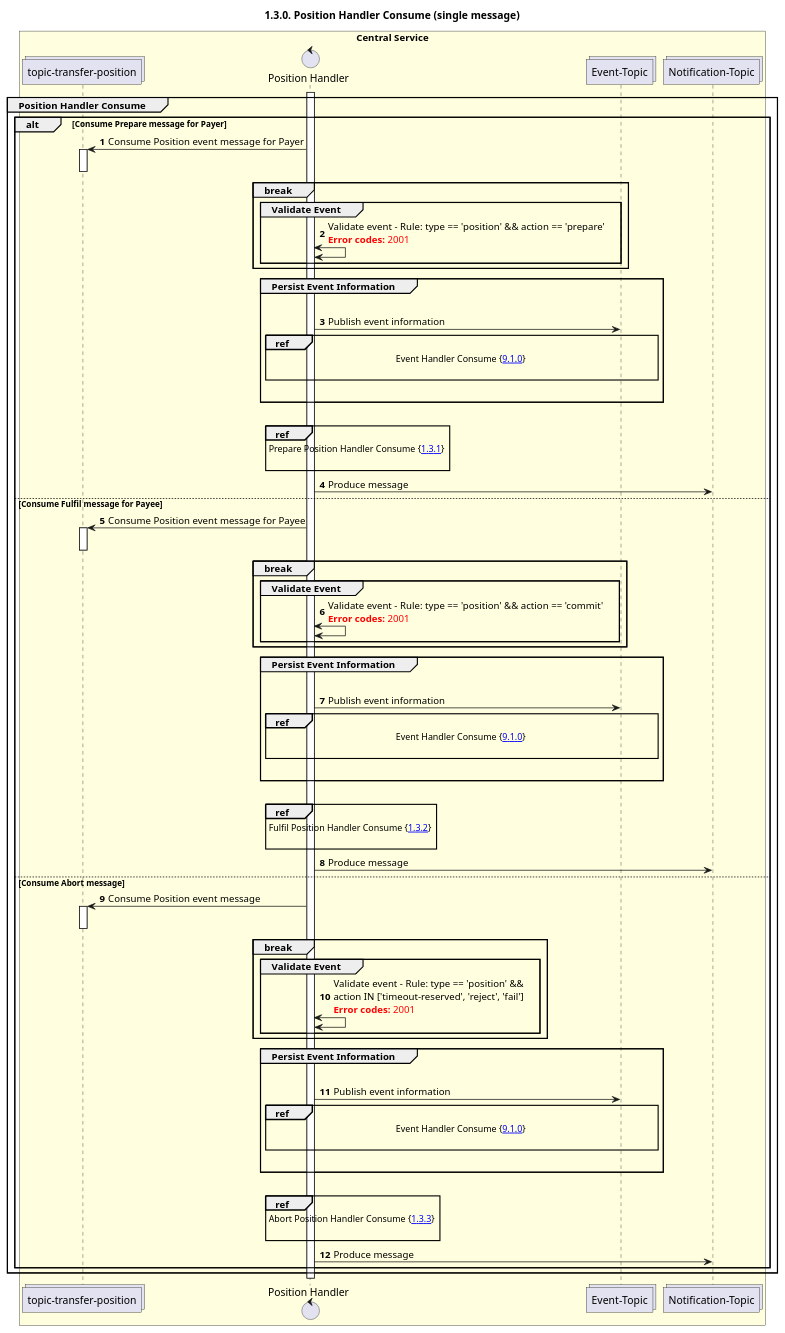
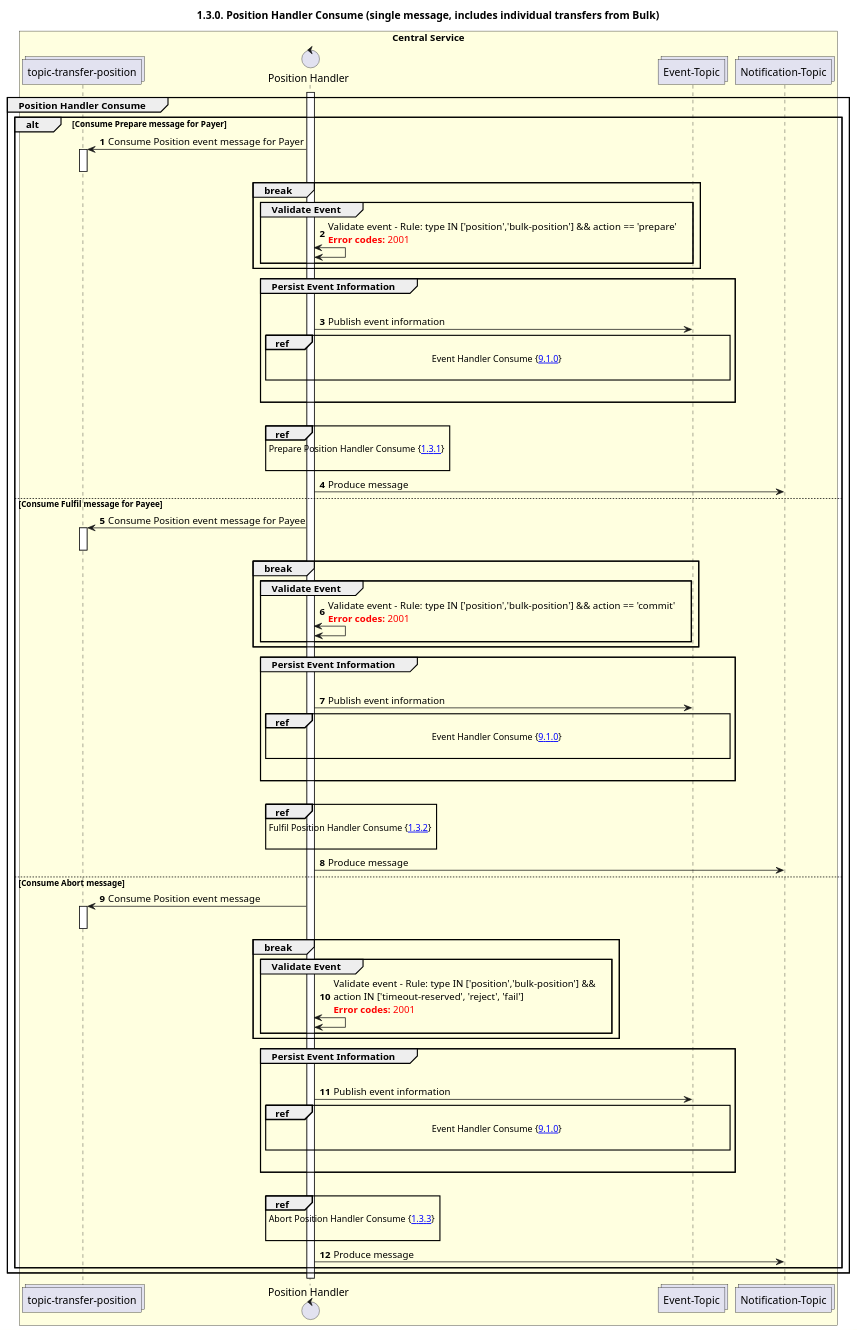
Before and after one commit to mojaloop/documentation: the diagram in mojaloop-technical-overview/central-ledger/assets/diagrams/sequence/seq-position-1.3.0.plantuml, drawn with PlantUML. The commit also changed other lines of this file and 3 other files, not shown here.

```diff
--- a/mojaloop-technical-overview/central-ledger/assets/diagrams/sequence/seq-position-1.3.0.plantuml
+++ b/mojaloop-technical-overview/central-ledger/assets/diagrams/sequence/seq-position-1.3.0.plantuml
@@ -27,89 +28,89 @@
 @startuml
 ' declate title
-title 1.3.0. Position Handler Consume (single message)
+title 1.3.0. Position Handler Consume (single message, includes individual transfers from Bulk)
 
 autonumber
 
 ' Actor Keys:
 '   boundary - APIs/Interfaces, etc
 '   collections - Kafka Topics
 '   control - Kafka Consumers
 '   entity - Database Access Objects
 '   database - Database Persistance Store
 
 ' declare actors
 collections "topic-transfer-position" as TOPIC_TRANSFER_POSITION
 control "Position Handler" as POS_HANDLER
 collections "Event-Topic" as TOPIC_EVENTS
 collections "Notification-Topic" as TOPIC_NOTIFICATIONS
 
 
 box "Central Service" #LightYellow
     participant TOPIC_TRANSFER_POSITION
     participant POS_HANDLER
     participant TOPIC_EVENTS
     participant TOPIC_NOTIFICATIONS
 end box
 
 ' start flow
 activate POS_HANDLER
 group Position Handler Consume
     alt Consume Prepare message for Payer
         TOPIC_TRANSFER_POSITION <- POS_HANDLER: Consume Position event message for Payer
         activate TOPIC_TRANSFER_POSITION
         deactivate TOPIC_TRANSFER_POSITION
         break
             group Validate Event
-                POS_HANDLER <-> POS_HANDLER: Validate event - Rule: type == 'position' && action == 'prepare'\n<color #FF0000><b>Error codes:</b> 2001</color>
+                POS_HANDLER <-> POS_HANDLER: Validate event - Rule: type IN ['position','bulk-position'] && action == 'prepare'\n<color #FF0000><b>Error codes:</b> 2001</color>
             end
         end
         group Persist Event Information
             |||
             POS_HANDLER -> TOPIC_EVENTS: Publish event information
             ref over POS_HANDLER, TOPIC_EVENTS :  Event Handler Consume {[[https://github.com/mojaloop/docs/blob/master/Diagrams/SequenceDiagrams/seq-event-9.1.0.svg 9.1.0]]} \n
             |||
         end
         |||
         ref over POS_HANDLER: Prepare Position Handler Consume {[[https://github.com/mojaloop/docs/blob/master/Diagrams/SequenceDiagrams/seq-position-1.3.1-prepare.svg 1.3.1]]} \n
         POS_HANDLER -> TOPIC_NOTIFICATIONS: Produce message
     else Consume Fulfil message for Payee
         TOPIC_TRANSFER_POSITION <- POS_HANDLER: Consume Position event message for Payee
         activate TOPIC_TRANSFER_POSITION
         deactivate TOPIC_TRANSFER_POSITION
         break
             group Validate Event
-                POS_HANDLER <-> POS_HANDLER: Validate event - Rule: type == 'position' && action == 'commit'\n<color #FF0000><b>Error codes:</b> 2001</color>
+                POS_HANDLER <-> POS_HANDLER: Validate event - Rule: type IN ['position','bulk-position'] && action == 'commit'\n<color #FF0000><b>Error codes:</b> 2001</color>
             end
         end
         group Persist Event Information
             |||
             POS_HANDLER -> TOPIC_EVENTS: Publish event information
             ref over POS_HANDLER, TOPIC_EVENTS :  Event Handler Consume {[[https://github.com/mojaloop/docs/blob/master/Diagrams/SequenceDiagrams/seq-event-9.1.0.svg 9.1.0]]} \n
             |||
         end
         |||
         ref over POS_HANDLER: Fulfil Position Handler Consume {[[https://github.com/mojaloop/docs/blob/master/Diagrams/SequenceDiagrams/seq-position-1.3.2-fulfil.svg 1.3.2]]} \n
         POS_HANDLER -> TOPIC_NOTIFICATIONS: Produce message
     else Consume Abort message
         TOPIC_TRANSFER_POSITION <- POS_HANDLER: Consume Position event message
         activate TOPIC_TRANSFER_POSITION
         deactivate TOPIC_TRANSFER_POSITION
         break
             group Validate Event
-                POS_HANDLER <-> POS_HANDLER: Validate event - Rule: type == 'position' &&\naction IN ['timeout-reserved', 'reject', 'fail']\n<color #FF0000><b>Error codes:</b> 2001</color>
+                POS_HANDLER <-> POS_HANDLER: Validate event - Rule: type IN ['position','bulk-position'] &&\naction IN ['timeout-reserved', 'reject', 'fail']\n<color #FF0000><b>Error codes:</b> 2001</color>
             end
         end
         group Persist Event Information
             |||
             POS_HANDLER -> TOPIC_EVENTS: Publish event information
             ref over POS_HANDLER, TOPIC_EVENTS :  Event Handler Consume {[[https://github.com/mojaloop/docs/blob/master/Diagrams/SequenceDiagrams/seq-event-9.1.0.svg 9.1.0]]} \n
             |||
         end
         |||
         ref over POS_HANDLER: Abort Position Handler Consume {[[https://github.com/mojaloop/docs/blob/master/Diagrams/SequenceDiagrams/seq-position-1.3.3-abort.svg 1.3.3]]} \n
         POS_HANDLER -> TOPIC_NOTIFICATIONS: Produce message
     end
 
 end
 deactivate POS_HANDLER
 @enduml
```
